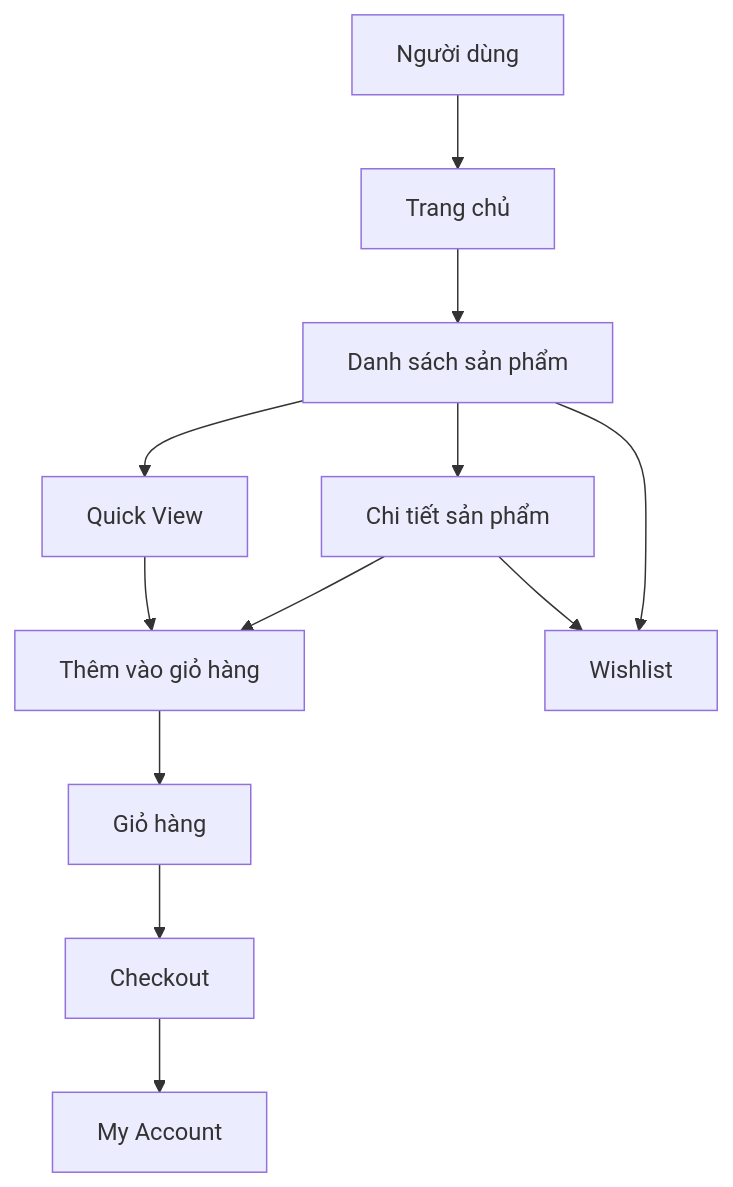
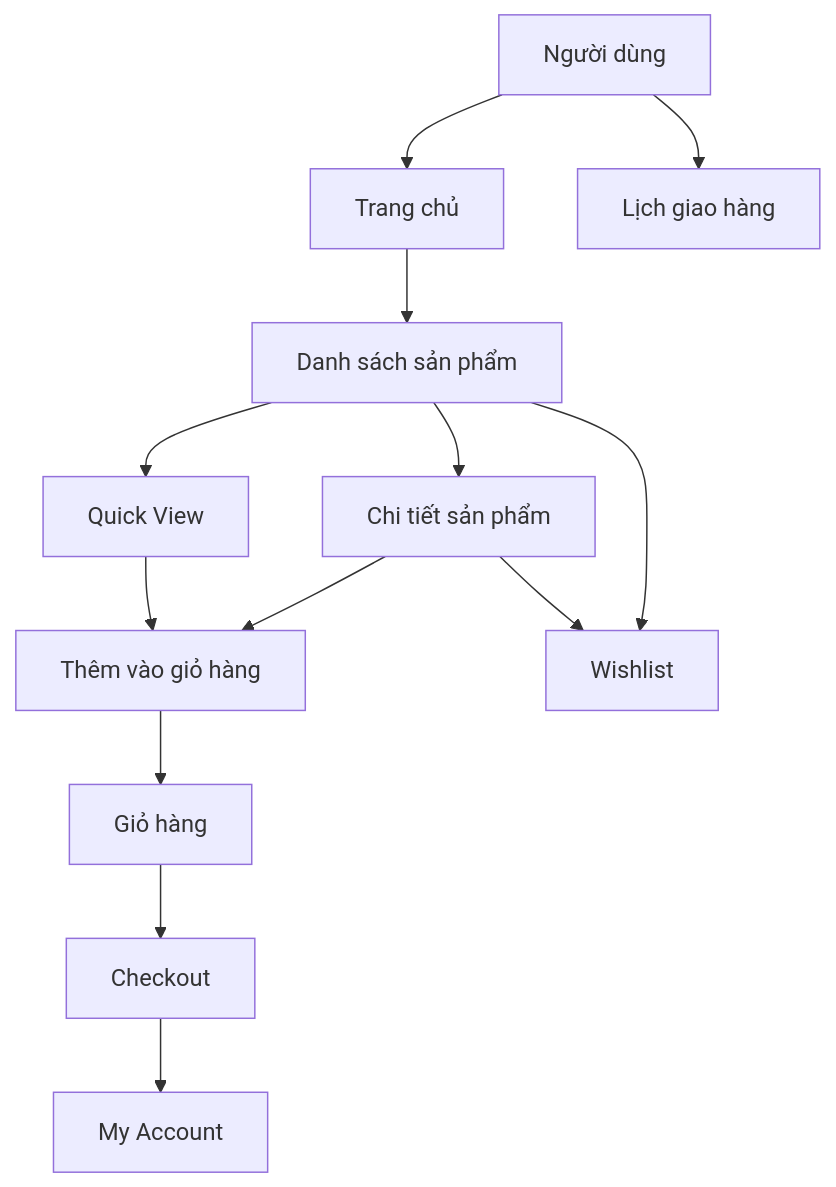
Before and after one commit to NguyenDinhDang/TKW-DA25TTD-110125113-E-Commerce: the first of 10 diagrams in docs/07-so-do-mermaid.md, drawn with Mermaid. The commit also changed other lines of this file and 8 other files, not shown here.

````diff
--- a/docs/07-so-do-mermaid.md
+++ b/docs/07-so-do-mermaid.md
@@ -5,14 +5,15 @@
 ```mermaid
 flowchart TD
   A[Người dùng] --> B[Trang chủ]
   B --> C[Danh sách sản phẩm]
   C --> D[Quick View]
   C --> E[Chi tiết sản phẩm]
   E --> F[Thêm vào giỏ hàng]
   D --> F
   F --> G[Giỏ hàng]
   G --> H[Checkout]
   H --> I[My Account]
   C --> J[Wishlist]
   E --> J
+  A --> K[Lịch giao hàng]
 ```
````
